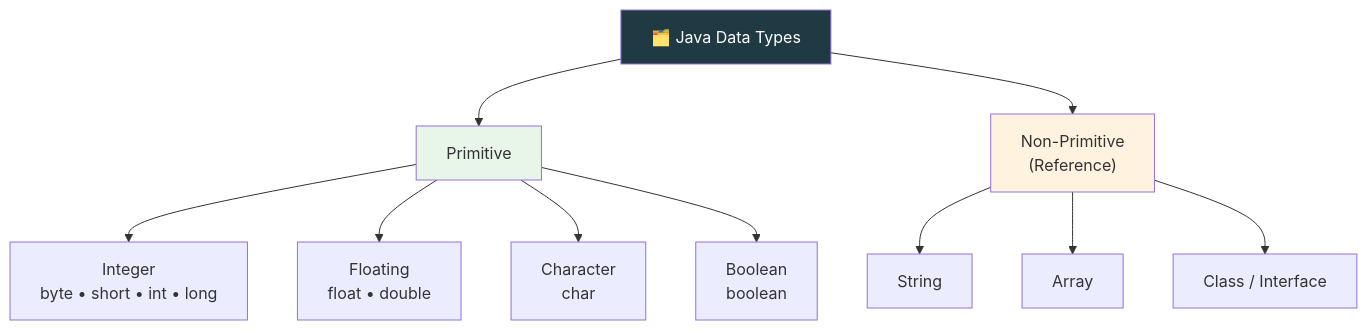
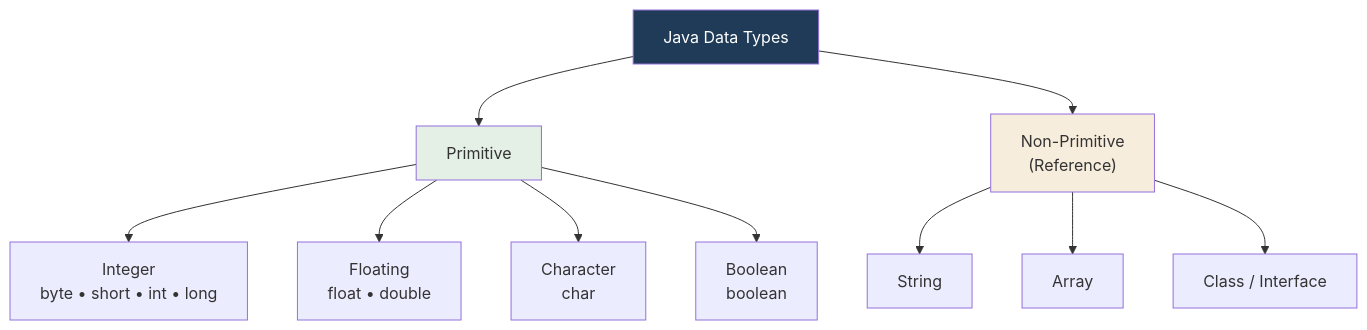
Before and after one commit to kundankumarsharma56/Leaning-Java: the diagram in src/Theory/02-Data-Types-and-Variables/02-Data-Types.md, drawn with Mermaid. The commit also changed other lines of this file and 84 other files, not shown here.

````diff
--- a/src/Theory/02-Data-Types-and-Variables/02-Data-Types.md
+++ b/src/Theory/02-Data-Types-and-Variables/02-Data-Types.md
@@ -21,15 +21,15 @@
 ```mermaid
 flowchart TD
-    DT["🗂️ Java Data Types"] --> PR["Primitive"]
+    DT["Java Data Types"] --> PR["Primitive"]
     DT --> NP["Non-Primitive<br/>(Reference)"]
     PR --> IG["Integer<br/>byte • short • int • long"]
     PR --> FG["Floating<br/>float • double"]
     PR --> CG["Character<br/>char"]
     PR --> BG["Boolean<br/>boolean"]
     NP --> S["String"]
     NP --> AR["Array"]
     NP --> CL["Class / Interface"]
-    style DT fill:#203a43,color:#fff
-    style PR fill:#e8f5e9
-    style NP fill:#fff3e0
+    style DT fill:#1f3b57,color:#fff
+    style PR fill:#e4efe6
+    style NP fill:#f7eddd
 ```
````
